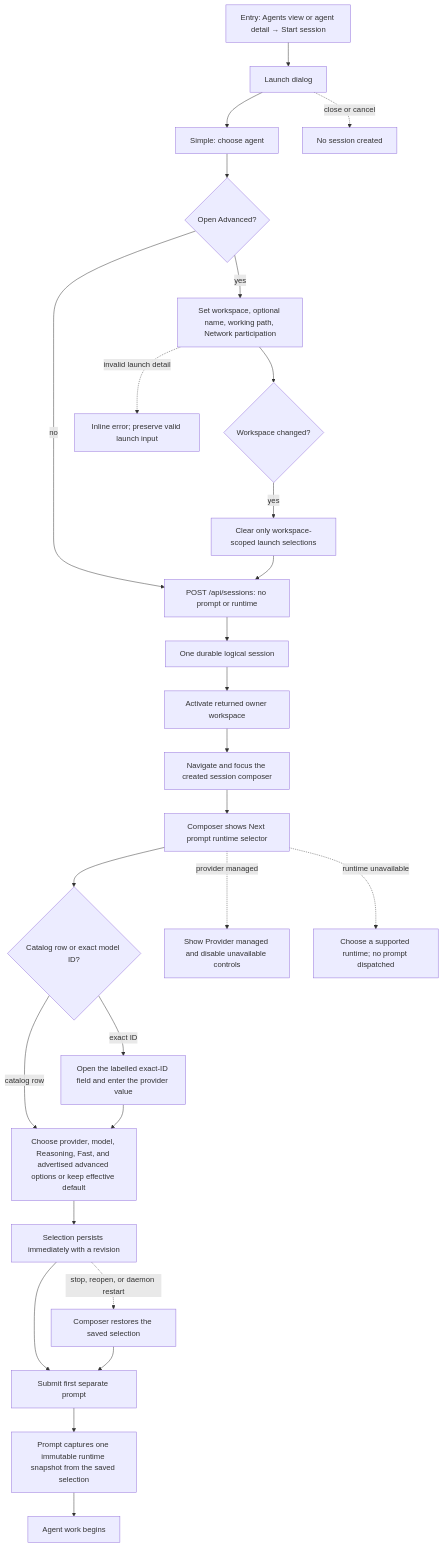
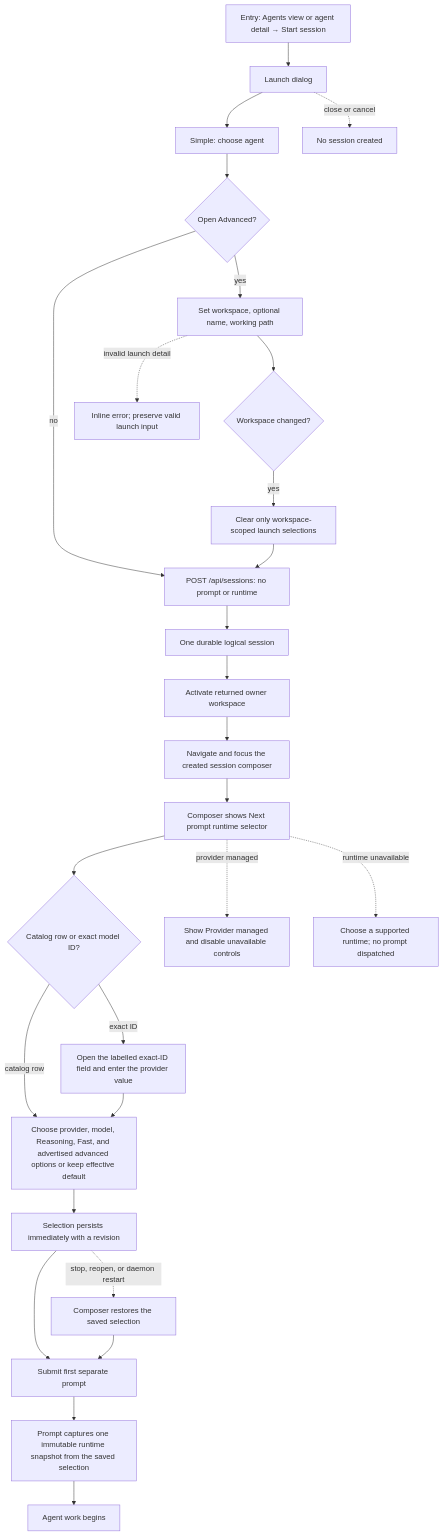
One commit to compozy/compozy changed the diagram in docs/qa/journeys/J-17-session-create-unified-selector.md. Above: the diagram before and after it, drawn with Mermaid. The commit also changed other lines of this file and 4091 other files, not shown here.

````diff
--- a/docs/qa/journeys/J-17-session-create-unified-selector.md
+++ b/docs/qa/journeys/J-17-session-create-unified-selector.md
@@ -9,29 +9,29 @@
 ```mermaid
 flowchart TD
     E1[Entry: Agents view or agent detail → Start session] --> D[Launch dialog]
     D --> S[Simple: choose agent]
     S --> ADV{Open Advanced?}
-    ADV -->|yes| A[Set workspace, optional name, working path, Network participation]
+    ADV -->|yes| A[Set workspace, optional name, working path]
     ADV -->|no| POST
     A --> W{Workspace changed?}
     W -->|yes| CLR[Clear only workspace-scoped launch selections]
     CLR --> POST[POST /api/sessions: no prompt or runtime]
     POST --> ACCEPT[One durable logical session]
     ACCEPT --> ACT[Activate returned owner workspace]
     ACT --> NAV[Navigate and focus the created session composer]
     NAV --> SEL[Composer shows Next prompt runtime selector]
     SEL --> CHOICE{Catalog row or exact model ID?}
     CHOICE -->|catalog row| PICK[Choose provider, model, Reasoning, Fast, and advertised advanced options or keep effective default]
     CHOICE -->|exact ID| EXACT[Open the labelled exact-ID field and enter the provider value]
     EXACT --> PICK
     PICK --> SAVE[Selection persists immediately with a revision]
     SAVE --> SEND[Submit first separate prompt]
     SEND --> SNAP[Prompt captures one immutable runtime snapshot from the saved selection]
     SNAP --> RUN[Agent work begins]
     SAVE -.->|stop, reopen, or daemon restart| RESTORE[Composer restores the saved selection]
     RESTORE --> SEND
     D -.->|close or cancel| ABORT[No session created]
     A -.->|invalid launch detail| FIX[Inline error; preserve valid launch input]
     SEL -.->|provider managed| MANAGED[Show Provider managed and disable unavailable controls]
     SEL -.->|runtime unavailable| RECOVER[Choose a supported runtime; no prompt dispatched]
 ```
````
